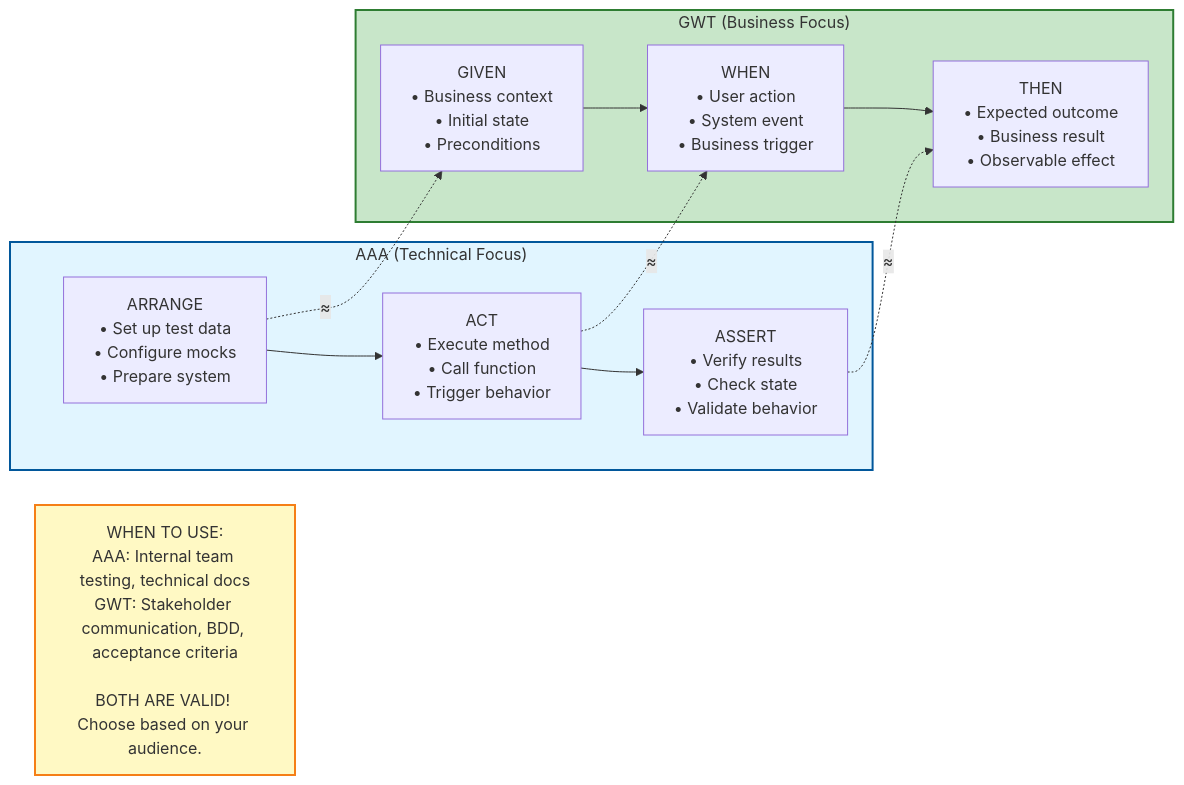
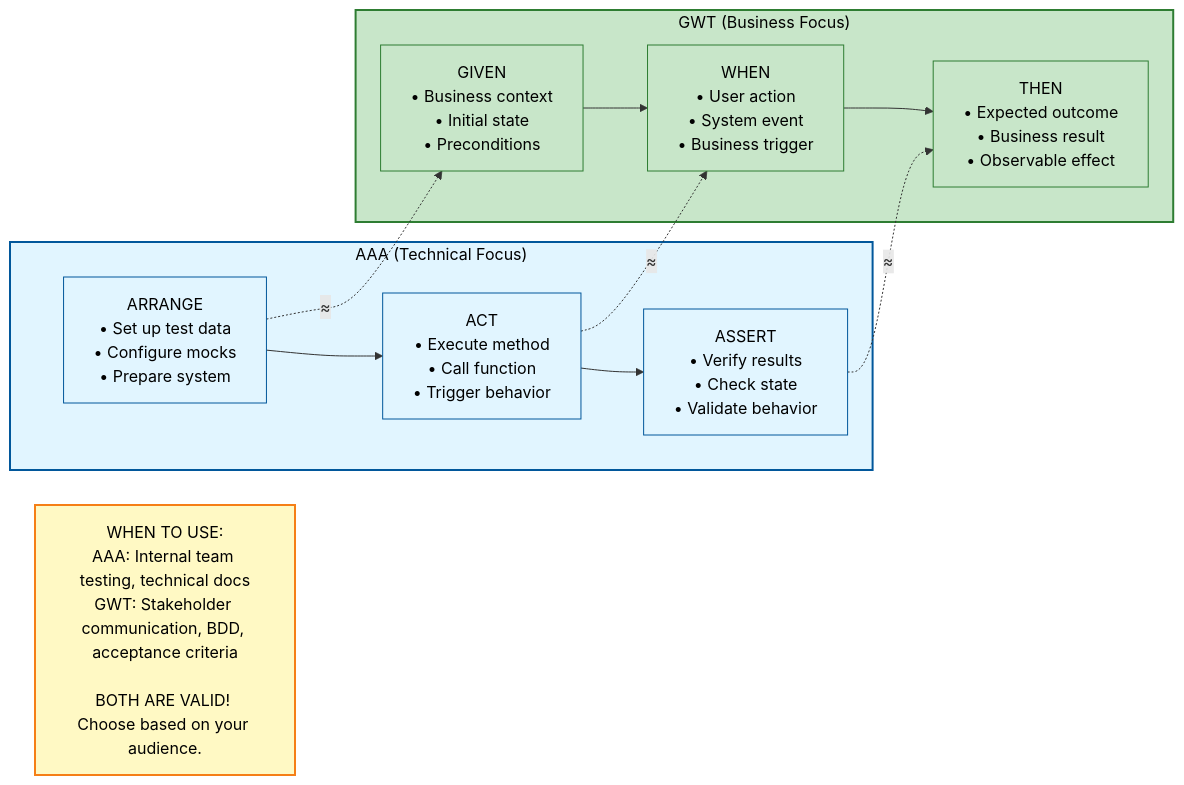
The sixth of 8 diagrams in UNITTEST_WORKSHOP_DIAGRAM.md (hagsmand/pcc-workshop-micro-service), drawn with Mermaid before and after one commit. The commit also changed other lines of this file, not shown here.

First line of the commit message:
Add comprehensive unit testing workshop materials with GWT pattern

````diff
--- a/UNITTEST_WORKSHOP_DIAGRAM.md
+++ b/UNITTEST_WORKSHOP_DIAGRAM.md
@@ -158,28 +178,34 @@
 ```mermaid
 graph LR
     subgraph AAA["AAA (Technical Focus)"]
         A1[ARRANGE<br/>• Set up test data<br/>• Configure mocks<br/>• Prepare system]
         A2[ACT<br/>• Execute method<br/>• Call function<br/>• Trigger behavior]
         A3[ASSERT<br/>• Verify results<br/>• Check state<br/>• Validate behavior]
         A1 --> A2
         A2 --> A3
     end
     
     subgraph GWT["GWT (Business Focus)"]
         G1[GIVEN<br/>• Business context<br/>• Initial state<br/>• Preconditions]
         G2[WHEN<br/>• User action<br/>• System event<br/>• Business trigger]
         G3[THEN<br/>• Expected outcome<br/>• Business result<br/>• Observable effect]
         G1 --> G2
         G2 --> G3
     end
     
     A1 -.≈.-> G1
     A2 -.≈.-> G2
     A3 -.≈.-> G3
     
     Usage[WHEN TO USE:<br/>AAA: Internal team testing, technical docs<br/>GWT: Stakeholder communication, BDD, acceptance criteria<br/><br/>BOTH ARE VALID! Choose based on your audience.]
     
-    style AAA fill:#e1f5ff,stroke:#01579b,stroke-width:2px
-    style GWT fill:#c8e6c9,stroke:#2e7d32,stroke-width:2px
-    style Usage fill:#fff9c4,stroke:#f57f17,stroke-width:2px
+    style AAA fill:#e1f5ff,stroke:#01579b,stroke-width:2px,color:#000
+    style GWT fill:#c8e6c9,stroke:#2e7d32,stroke-width:2px,color:#000
+    style Usage fill:#fff9c4,stroke:#f57f17,stroke-width:2px,color:#000
+    style A1 fill:#e1f5ff,stroke:#01579b,stroke-width:1px,color:#000
+    style A2 fill:#e1f5ff,stroke:#01579b,stroke-width:1px,color:#000
+    style A3 fill:#e1f5ff,stroke:#01579b,stroke-width:1px,color:#000
+    style G1 fill:#c8e6c9,stroke:#2e7d32,stroke-width:1px,color:#000
+    style G2 fill:#c8e6c9,stroke:#2e7d32,stroke-width:1px,color:#000
+    style G3 fill:#c8e6c9,stroke:#2e7d32,stroke-width:1px,color:#000
 ```
````
